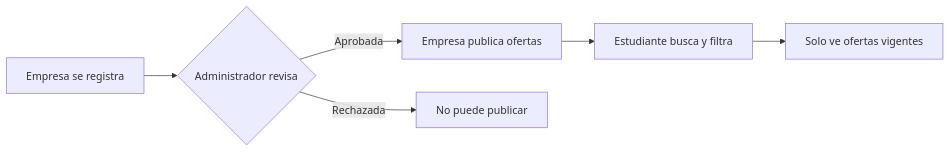
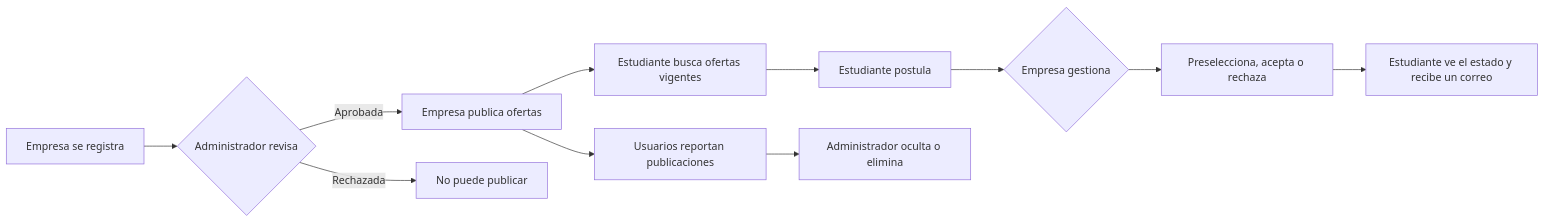
One commit to adrieelR/plataforma-oportunidades changed the diagram in README.md. Above: the diagram before and after it, drawn with Mermaid. The commit also changed other lines of this file, not shown here.

````diff
--- a/README.md
+++ b/README.md
@@ -49,8 +52,13 @@
 ```mermaid
 flowchart LR
     E[Empresa se registra] --> A{Administrador revisa}
     A -- Aprobada --> P[Empresa publica ofertas]
     A -- Rechazada --> X[No puede publicar]
-    P --> S[Estudiante busca y filtra]
-    S --> V[Solo ve ofertas vigentes]
+    P --> S[Estudiante busca ofertas vigentes]
+    S --> PO[Estudiante postula]
+    PO --> G{Empresa gestiona}
+    G --> R[Preselecciona, acepta o rechaza]
+    R --> N[Estudiante ve el estado y recibe un correo]
+    P --> RP[Usuarios reportan publicaciones]
+    RP --> M[Administrador oculta o elimina]
 ```
````
